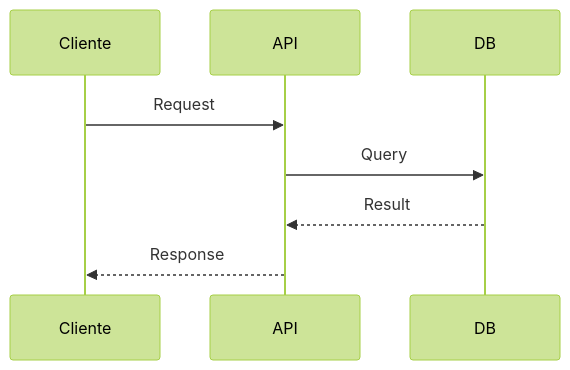
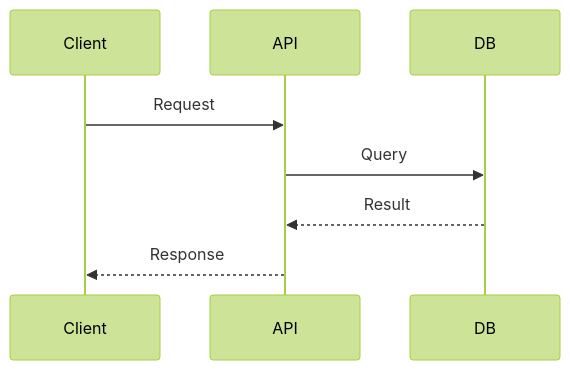
Before and after one commit to elisaul77/Orquestacion_Agentes_claude: the second of 2 diagrams in skills/arquitec-dev-ia/assets/template_agents_componente.md, drawn with Mermaid (forest theme). The commit also changed other lines of this file and 14 other files, not shown here.

````diff
--- a/skills/arquitec-dev-ia/assets/template_agents_componente.md
+++ b/skills/arquitec-dev-ia/assets/template_agents_componente.md
@@ -47,11 +47,11 @@
 ```mermaid
 sequenceDiagram
-    participant C as Cliente
+    participant C as Client
     participant A as API
     participant D as DB
 
     C->>A: Request
     A->>D: Query
     D-->>A: Result
     A-->>C: Response
 ```
````
